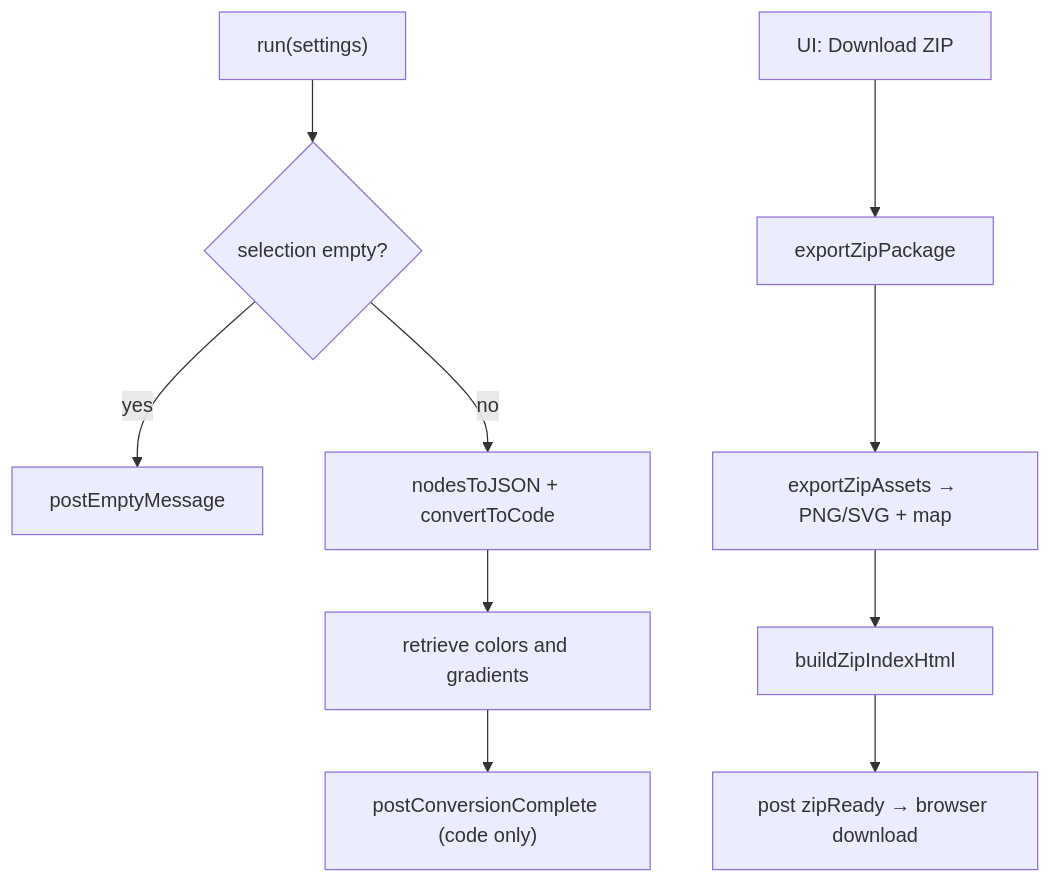
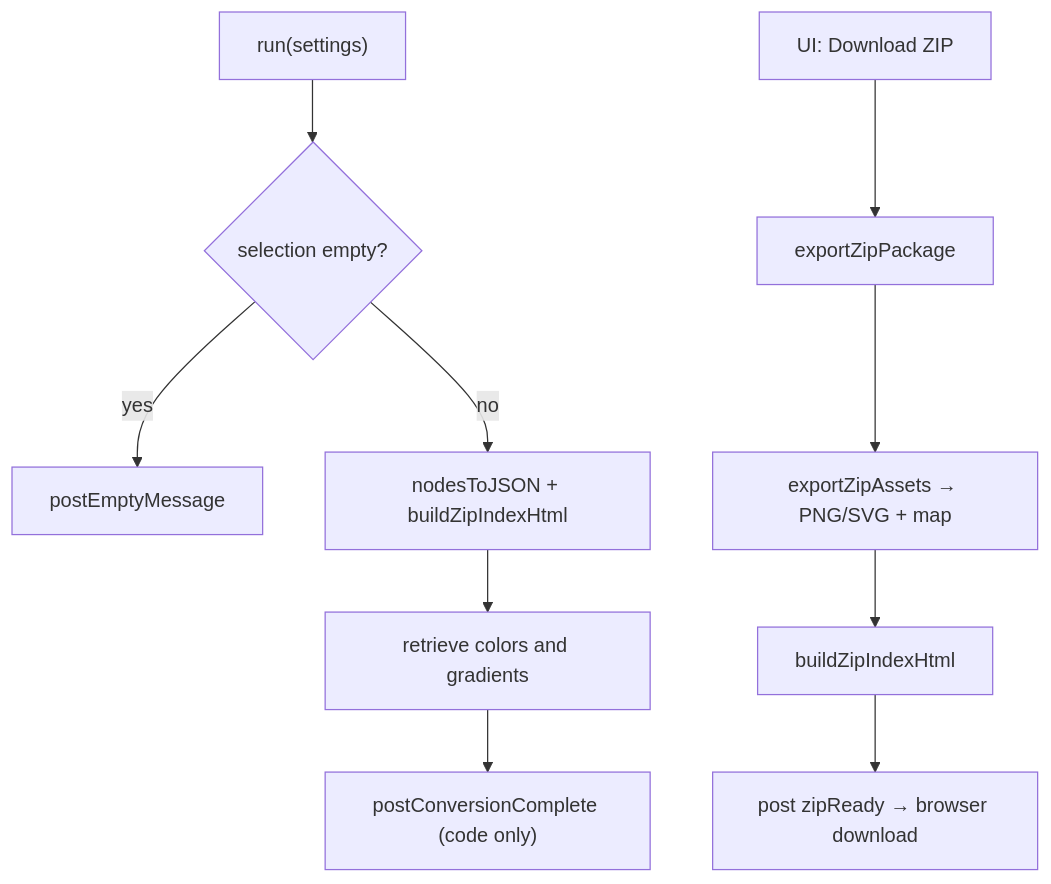
The third of 9 diagrams in docs/logic.md (CodeByStella/FIGMA2CODE), drawn with Mermaid before and after one commit. The commit also changed other lines of this file and 161 other files, not shown here.

````diff
--- a/docs/logic.md
+++ b/docs/logic.md
@@ -70,13 +68,13 @@
 ```mermaid
 flowchart TD
   A["run(settings)"] --> B{"selection empty?"}
   B -->|yes| Empty["postEmptyMessage"]
-  B -->|no| Conv["nodesToJSON + convertToCode"]
+  B -->|no| Conv["nodesToJSON + buildZipIndexHtml"]
   Conv --> Colors["retrieve colors and gradients"]
   Colors --> Done["postConversionComplete (code only)"]
 
   Z["UI: Download ZIP"] --> Zip["exportZipPackage"]
   Zip --> Assets["exportZipAssets → PNG/SVG + map"]
   Assets --> Html["buildZipIndexHtml"]
   Html --> Ready["post zipReady → browser download"]
 ```
````
